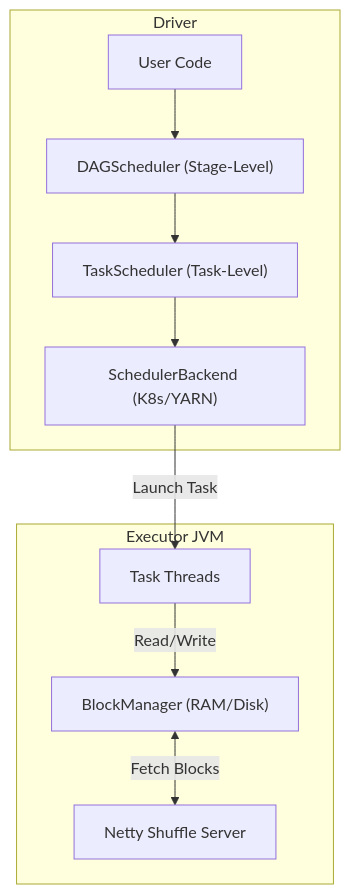
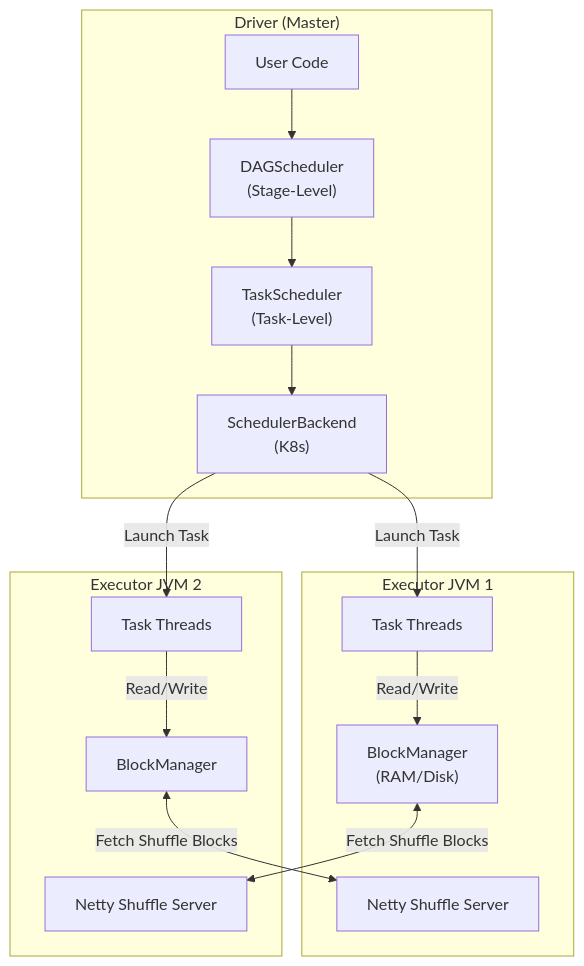
One commit to Anmol33/SystemDesign changed the first of 6 diagrams in Batch Processing/02_Apache_Spark.md. Above: the diagram before and after it, drawn with Mermaid. The commit also changed other lines of this file and 4 other files, not shown here.

Commit message:
Docs(All): Reorganized All Framework Docs with Consistent Flow + Deep Dive Redis Internals

````diff
--- a/Batch Processing/02_Apache_Spark.md
+++ b/Batch Processing/02_Apache_Spark.md
@@ -28,18 +14,27 @@
 ```mermaid
 graph TD
-    subgraph Driver
-        Code["User Code"] --> DAG["DAGScheduler (Stage-Level)"]
-        DAG --> TS["TaskScheduler (Task-Level)"]
-        TS --> SB["SchedulerBackend (K8s/YARN)"]
+    subgraph Driver["Driver (Master)"]
+        Code["User Code"] --> DAG["DAGScheduler<br/>(Stage-Level)"]
+        DAG --> TS["TaskScheduler<br/>(Task-Level)"]
+        TS --> SB["SchedulerBackend<br/>(K8s)"]
     end
 
-    subgraph "Executor JVM"
-        ThreadPool["Task Threads"]
-        BM["BlockManager (RAM/Disk)"]
-        Netty["Netty Shuffle Server"]
+    subgraph Executor1["Executor JVM 1"]
+        ThreadPool1["Task Threads"]
+        BM1["BlockManager<br/>(RAM/Disk)"]
+        Netty1["Netty Shuffle Server"]
+    end
+    
+    subgraph Executor2["Executor JVM 2"]
+        ThreadPool2["Task Threads"]
+        BM2["BlockManager"]
+        Netty2["Netty Shuffle Server"]
     end
 
-    SB -->|Launch Task| ThreadPool
-    ThreadPool -->|Read/Write| BM
-    BM <-->|Fetch Blocks| Netty
+    SB -->|Launch Task| ThreadPool1
+    SB -->|Launch Task| ThreadPool2
+    ThreadPool1 -->|Read/Write| BM1
+    ThreadPool2 -->|Read/Write| BM2
+    BM1 <-->|Fetch Shuffle Blocks| Netty2
+    BM2 <-->|Fetch Shuffle Blocks| Netty1
 ```
````
